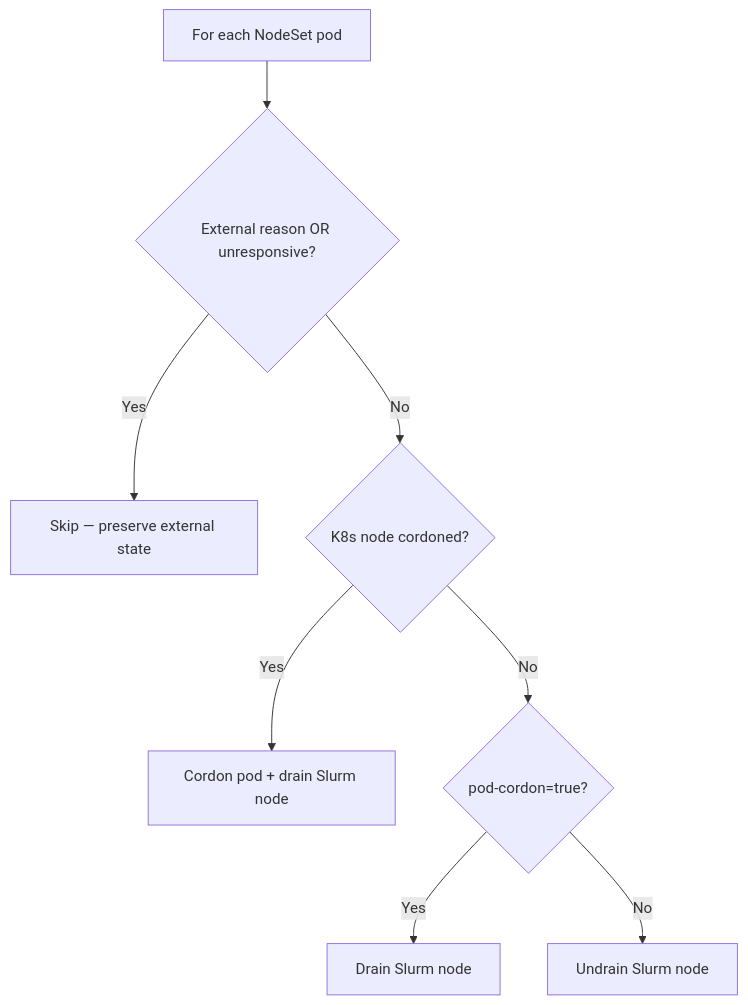
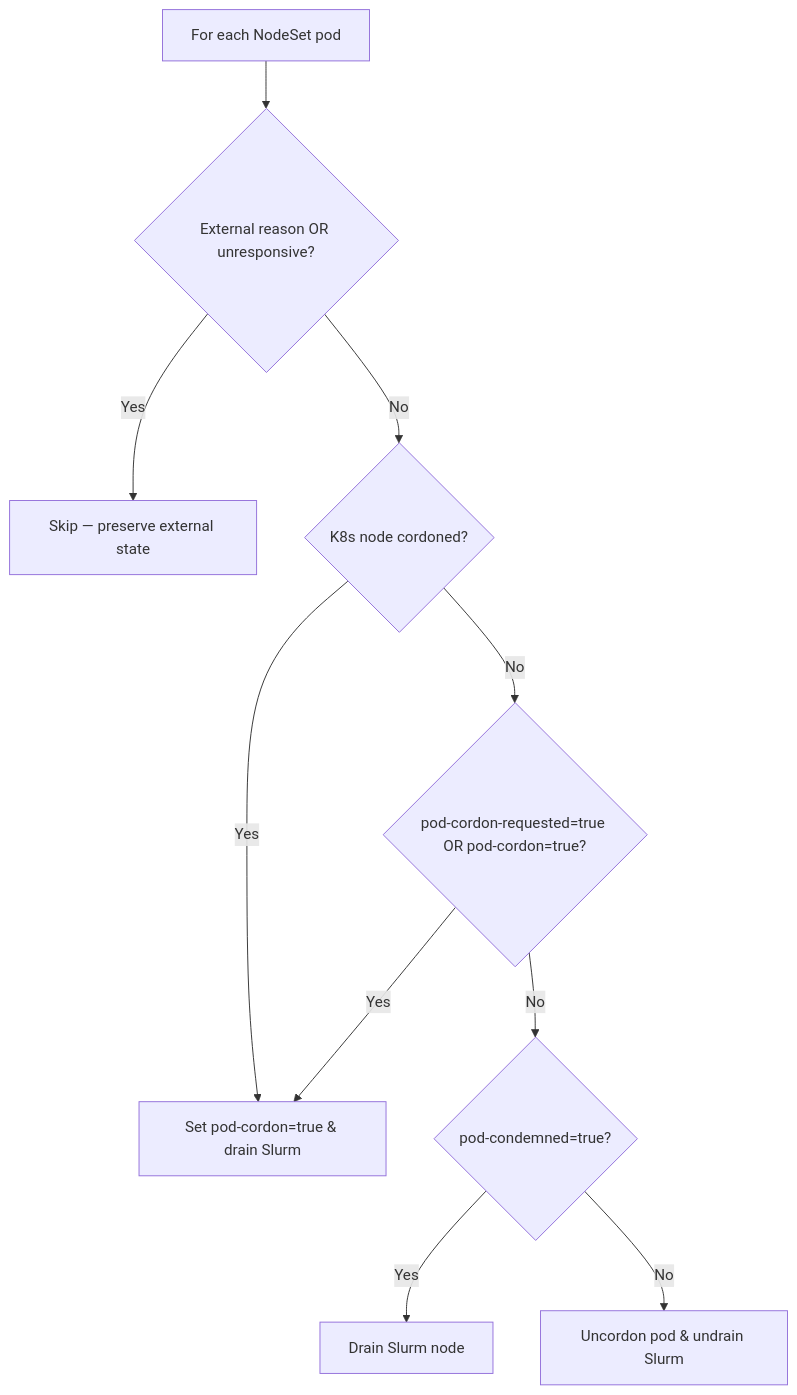
One commit to SlinkyProject/slurm-operator changed the second of 2 diagrams in docs/concepts/nodeset-controller.md. Above: the diagram before and after it, drawn with Mermaid. The commit also changed other lines of this file and 8 other files, not shown here.

````diff
--- a/docs/concepts/nodeset-controller.md
+++ b/docs/concepts/nodeset-controller.md
@@ -115,10 +116,12 @@
 ```mermaid
 flowchart TD
     Start["For each NodeSet pod"] --> CheckExternal{"External reason OR unresponsive?"}
     CheckExternal -->|Yes| Skip["Skip — preserve external state"]
     CheckExternal -->|No| CheckNodeCordon{"K8s node cordoned?"}
-    CheckNodeCordon -->|Yes| PropagateCordon["Cordon pod + drain Slurm node"]
-    CheckNodeCordon -->|No| CheckPodCordon{"pod-cordon=true?"}
-    CheckPodCordon -->|Yes| DrainSlurm["Drain Slurm node"]
-    CheckPodCordon -->|No| UndrainSlurm["Undrain Slurm node"]
+    CheckNodeCordon -->|Yes| CordonAndDrain["Set pod-cordon=true & drain Slurm"]
+    CheckNodeCordon -->|No| CheckPodCordon{"pod-cordon-requested=true OR pod-cordon=true?"}
+    CheckPodCordon -->|Yes| CordonAndDrain
+    CheckPodCordon -->|No| CheckPodCondemned{"pod-condemned=true?"}
+    CheckPodCondemned -->|Yes| DrainSlurm["Drain Slurm node"]
+    CheckPodCondemned -->|No| UncordonAndUndrain["Uncordon pod & undrain Slurm"]
 ```
````
